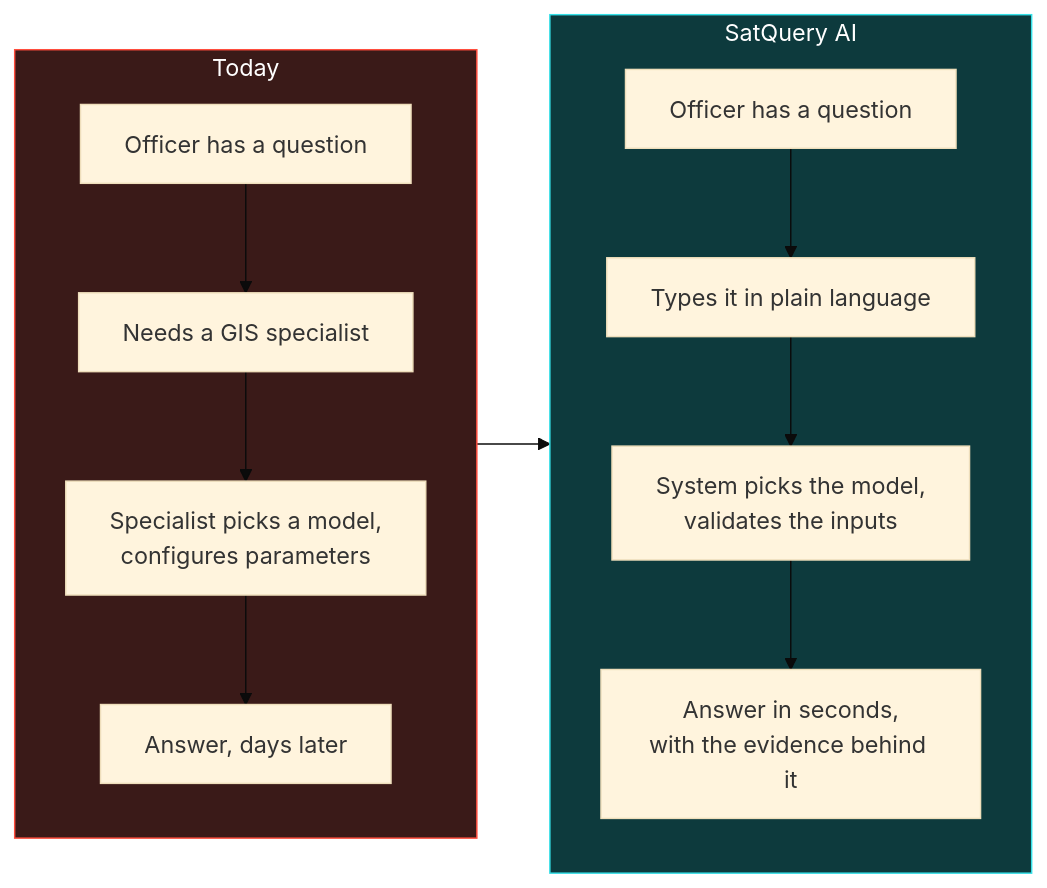
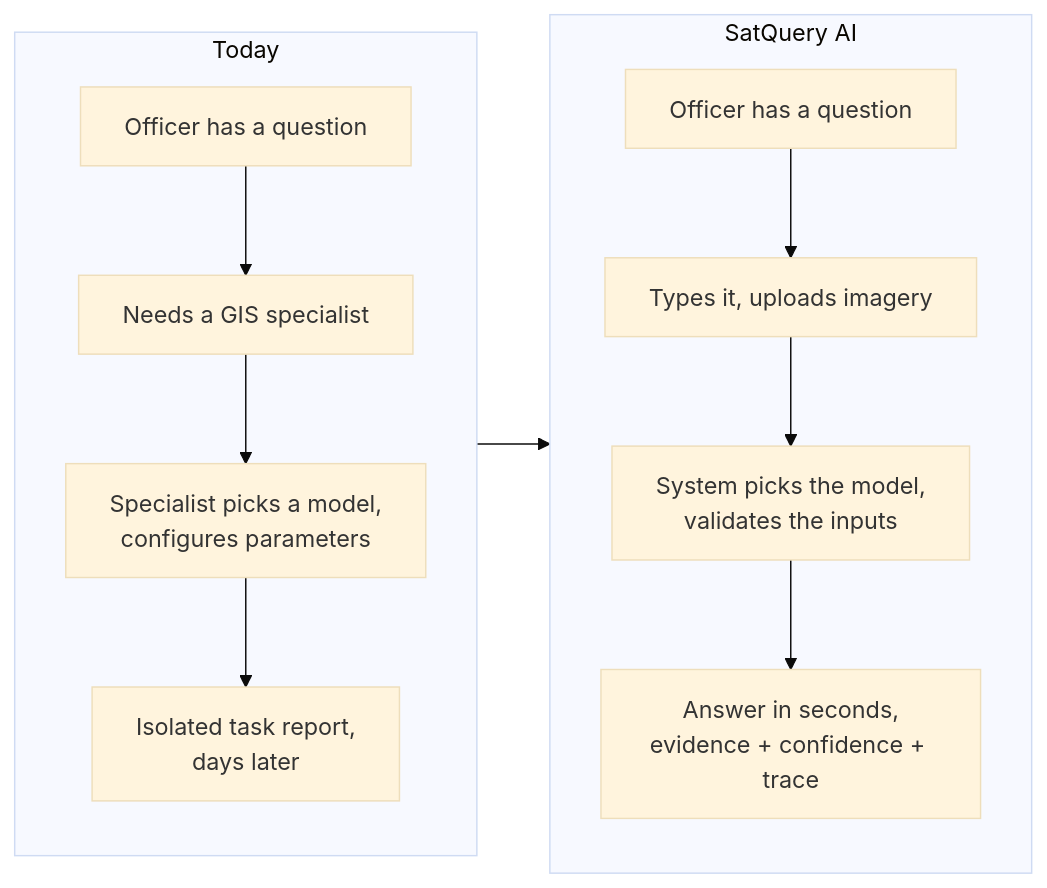
The diagram in docs/07_PRD.md (FrustratedBoy420/SIH), drawn with Mermaid (base theme) before and after one commit. The commit also changed other lines of this file and 10 other files, not shown here.

````diff
--- a/docs/07_PRD.md
+++ b/docs/07_PRD.md
@@ -21,19 +53,16 @@
 ```mermaid
 flowchart LR
     subgraph NOW["Today"]
         direction TB
         A1["Officer has a question"] --> A2["Needs a GIS specialist"]
         A2 --> A3["Specialist picks a model,<br/>configures parameters"]
-        A3 --> A4["Answer, days later"]
+        A3 --> A4["Isolated task report,<br/>days later"]
     end
     subgraph AFTER["SatQuery AI"]
         direction TB
-        B1["Officer has a question"] --> B2["Types it in plain language"]
+        B1["Officer has a question"] --> B2["Types it, uploads imagery"]
         B2 --> B3["System picks the model,<br/>validates the inputs"]
-        B3 --> B4["Answer in seconds,<br/>with the evidence behind it"]
+        B3 --> B4["Answer in seconds,<br/>evidence + confidence + trace"]
     end
     NOW --> AFTER
-
-    style NOW fill:#3a1a18,stroke:#ff4d3d,color:#fff
-    style AFTER fill:#0d3a3d,stroke:#35e0e8,color:#fff
 ```
````
